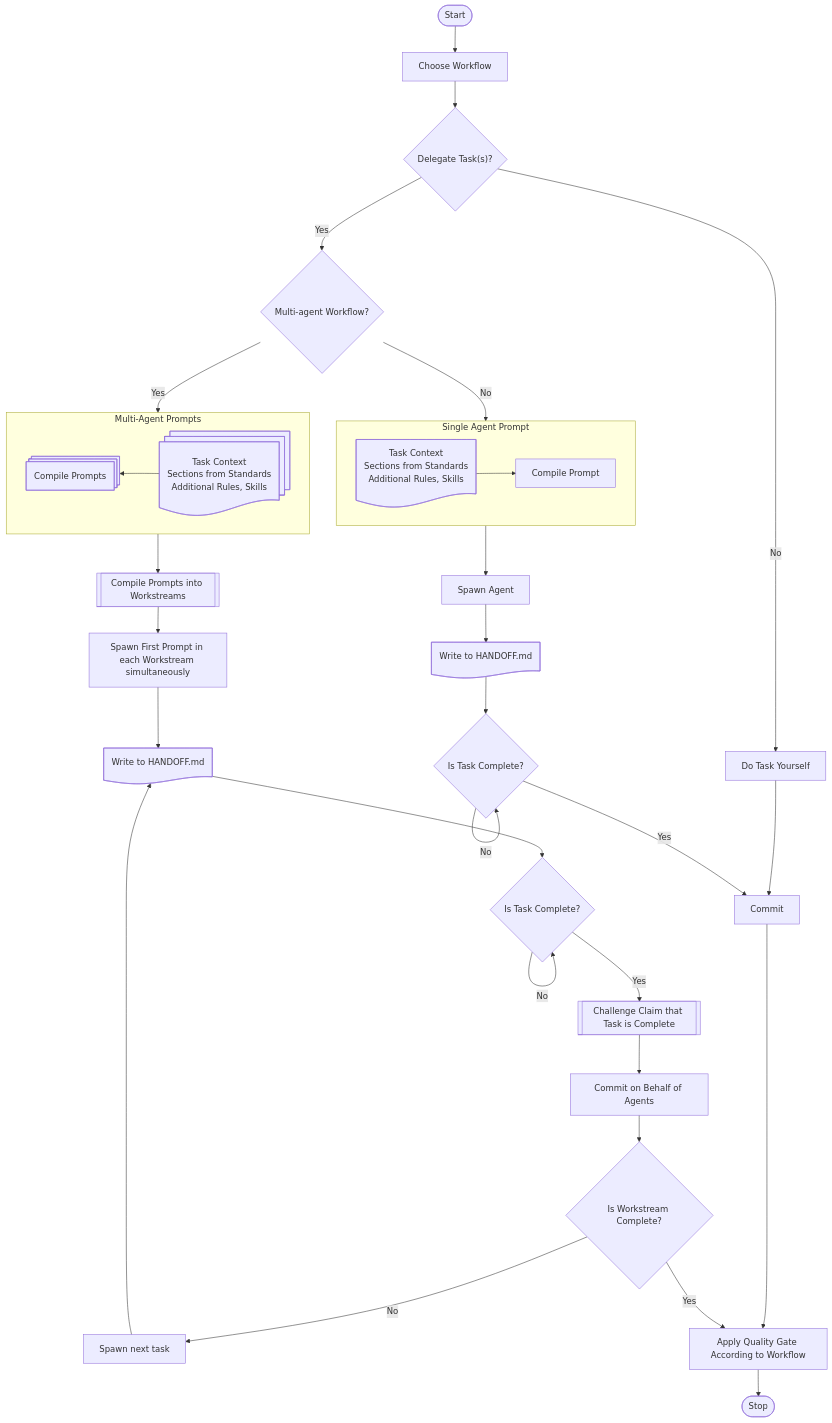
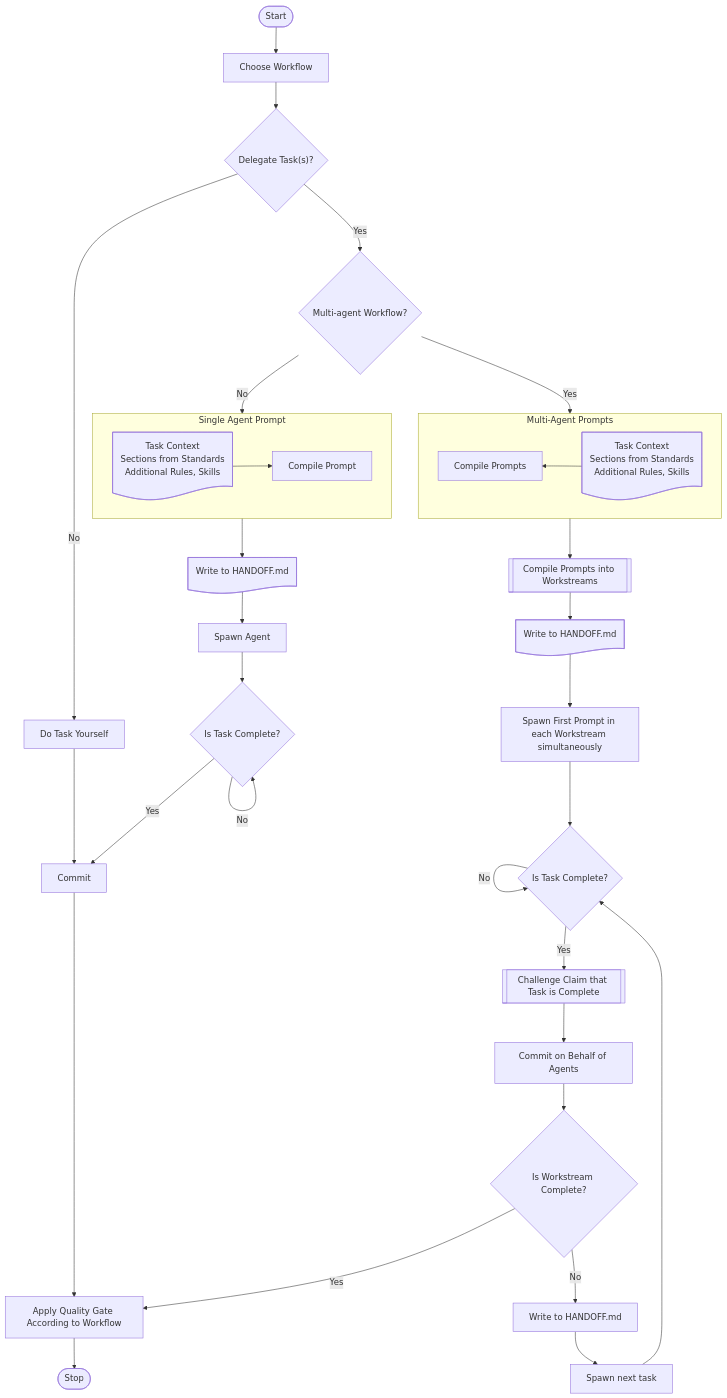
Before and after one commit to Schmoiger/start-here: the diagram in context/agents/orchestrator.md, drawn with Mermaid. The commit also changed other lines of this file and 2 other files, not shown here.

First line of the commit message:
refactor(harness): Hand-edit of orchestrator file to correct agent mistakes

````diff
--- a/context/agents/orchestrator.md
+++ b/context/agents/orchestrator.md
@@ -45,53 +45,51 @@
 ```mermaid
 flowchart TB
    Start --> Workflow[Choose Workflow] --> n1
    n1["Delegate Task(s)?"] -- No --> Do["Do Task Yourself"] --> Commit1
    n1 -- Yes --> n2["Multi-agent Workflow?"]
-   n2 -- No --> s1
-   n2 -- Yes --> s2
+   n2 -- No --> Prompt1
+   n2 -- Yes --> Prompt2
  
    subgraph s1["Single Agent Prompt"]
       direction LR
       Prompt1["Compile Prompt"]
       Context1["Task Context
       Sections from Standards
       Additional Rules, Skills"]
       Context1 --> Prompt1
    end
-   s1 --> Spawn1["Spawn Agent"] --> Handoff1["Write to HANDOFF.md"] --> n3["Is Task Complete?"]
+   Prompt1 --> Handoff1["Write to HANDOFF.md"] --> Spawn1["Spawn Agent"] --> n3["Is Task Complete?"]
    n3 -- No --> n3
    n3 -- Yes --> Commit1["Commit"]
 
    subgraph s2["Multi-Agent Prompts"]
       direction RL
       Prompt2["Compile Prompts"]
       Context2["Task Context
       Sections from Standards
       Additional Rules, Skills"]
       Context2 --> Prompt2
    end
-   s2 --> Workstream["Compile Prompts into Workstreams"] --> Spawn2["Spawn First Prompt in each Workstream simultaneously"] --> Handoff2["Write to HANDOFF.md"] --> n4["Is Task Complete?"]
+   Prompt2 --> Workstream["Compile Prompts into Workstreams"] --> Handoff2["Write to HANDOFF.md"] --> Spawn2["Spawn First Prompt in each Workstream simultaneously"] --> n4["Is Task Complete?"]
    n4 -- No --> n4
    n4 -- Yes --> Challenge[Challenge Claim that Task is Complete] --> Commit2["Commit on Behalf of Agents"] --> n5["Is Workstream Complete?"]
-   n5 -- No --> Prompt3["Spawn next task"] --> Handoff2
+   n5 -- No --> Handoff3["Write to HANDOFF.md"] --> Prompt3["Spawn next task"] --> n4
    
    Commit1 --> Quality[Apply Quality Gate According to Workflow]
    n5 -- Yes --> Quality
    Quality --> Stop
     
-
    Context1@{ shape: doc}
    Handoff1@{ shape: doc}
    n3@{ shape: decision}
-   Prompt2@{ shape: procs}
-   Context2@{ shape: docs}
+   Context2@{ shape: doc}
    n1@{ shape: decision}
    n2@{ shape: decision}
    Workstream@{ shape: subproc}
    Challenge@{ shape: subproc}
    Handoff2@{ shape: doc}
    n4@{ shape: decision}
    n5@{ shape: decision}
    Start@{ shape: terminal}
    Stop@{ shape: terminal}
 ```
````
